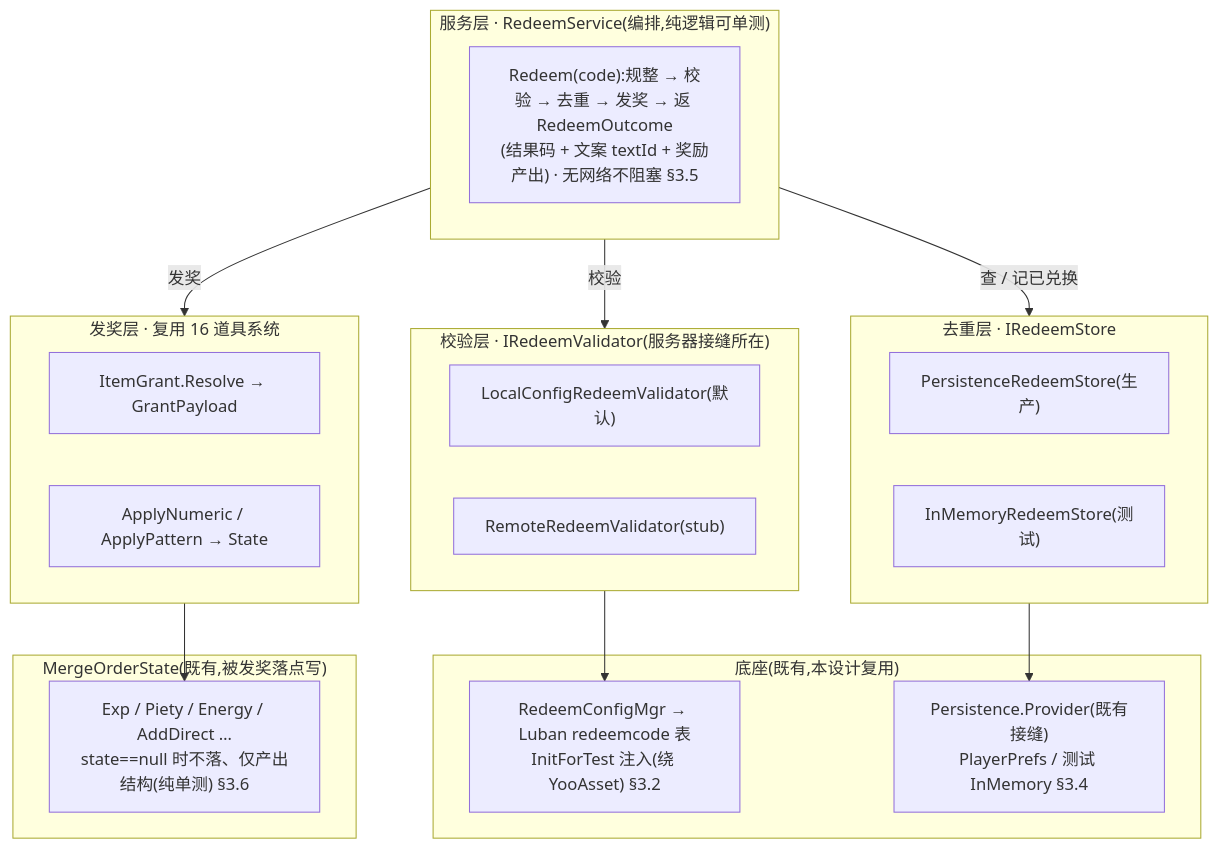
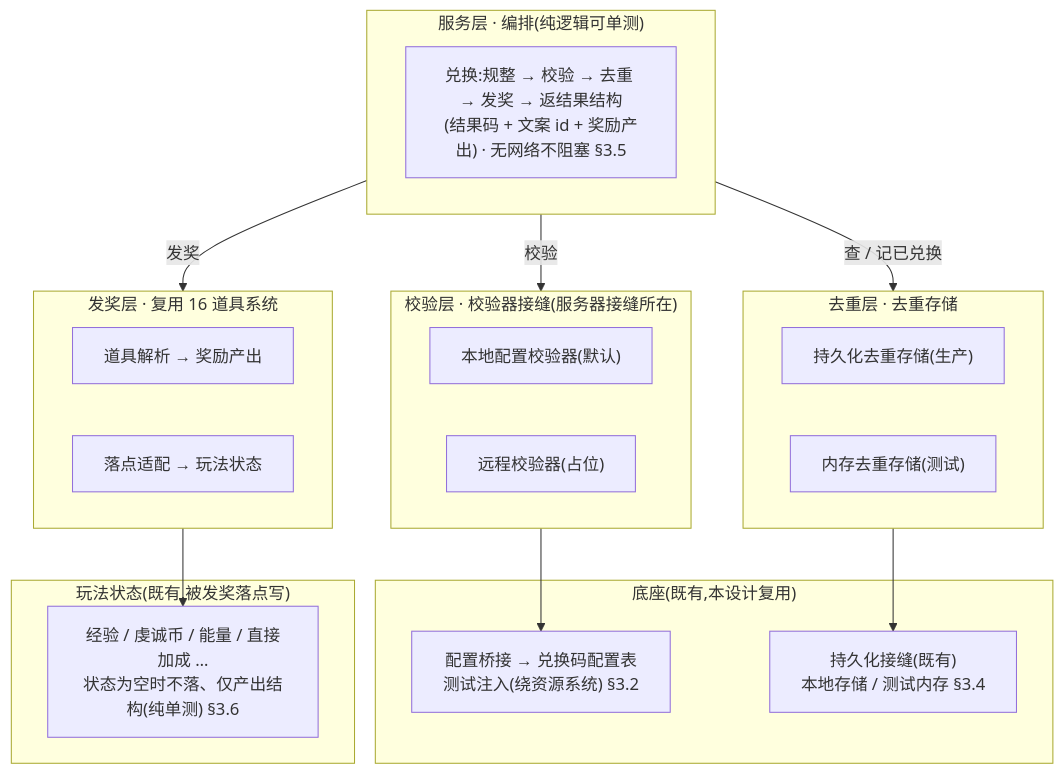
Before and after one commit to zhoupeng921101/TEngine_zp: the first of 2 diagrams in UnityProject/design-docs/20-redeem-code-system.md, drawn with Mermaid. The commit also changed other lines of this file and 20 other files, not shown here.

````diff
--- a/UnityProject/design-docs/20-redeem-code-system.md
+++ b/UnityProject/design-docs/20-redeem-code-system.md
@@ -64,31 +63,31 @@
 ```mermaid
 flowchart TD
-    subgraph svc["服务层 · RedeemService(编排,纯逻辑可单测)"]
-        s1["Redeem(code):规整 → 校验 → 去重 → 发奖 → 返 RedeemOutcome<br/>(结果码 + 文案 textId + 奖励产出) · 无网络不阻塞 §3.5"]
+    subgraph svc["服务层 · 编排(纯逻辑可单测)"]
+        s1["兑换:规整 → 校验 → 去重 → 发奖 → 返结果结构<br/>(结果码 + 文案 id + 奖励产出) · 无网络不阻塞 §3.5"]
     end
-    subgraph val["校验层 · IRedeemValidator(服务器接缝所在)"]
-        v1["LocalConfigRedeemValidator(默认)"]
-        v2["RemoteRedeemValidator(stub)"]
+    subgraph val["校验层 · 校验器接缝(服务器接缝所在)"]
+        v1["本地配置校验器(默认)"]
+        v2["远程校验器(占位)"]
     end
-    subgraph ded["去重层 · IRedeemStore"]
-        d1["PersistenceRedeemStore(生产)"]
-        d2["InMemoryRedeemStore(测试)"]
+    subgraph ded["去重层 · 去重存储"]
+        d1["持久化去重存储(生产)"]
+        d2["内存去重存储(测试)"]
     end
     subgraph grant["发奖层 · 复用 16 道具系统"]
-        g1["ItemGrant.Resolve → GrantPayload"]
-        g2["ApplyNumeric / ApplyPattern → State"]
+        g1["道具解析 → 奖励产出"]
+        g2["落点适配 → 玩法状态"]
     end
     subgraph base["底座(既有,本设计复用)"]
-        b1["RedeemConfigMgr → Luban redeemcode 表<br/>InitForTest 注入(绕 YooAsset) §3.2"]
-        b2["Persistence.Provider(既有接缝)<br/>PlayerPrefs / 测试 InMemory §3.4"]
+        b1["配置桥接 → 兑换码配置表<br/>测试注入(绕资源系统) §3.2"]
+        b2["持久化接缝(既有)<br/>本地存储 / 测试内存 §3.4"]
     end
-    subgraph state["MergeOrderState(既有,被发奖落点写)"]
-        m1["Exp / Piety / Energy / AddDirect …<br/>state==null 时不落、仅产出结构(纯单测) §3.6"]
+    subgraph state["玩法状态(既有,被发奖落点写)"]
+        m1["经验 / 虔诚币 / 能量 / 直接加成 …<br/>状态为空时不落、仅产出结构(纯单测) §3.6"]
     end
     svc -->|校验| val
     svc -->|查 / 记已兑换| ded
     svc -->|发奖| grant
     val --> b1
     ded --> b2
     grant --> m1
 ```
````
